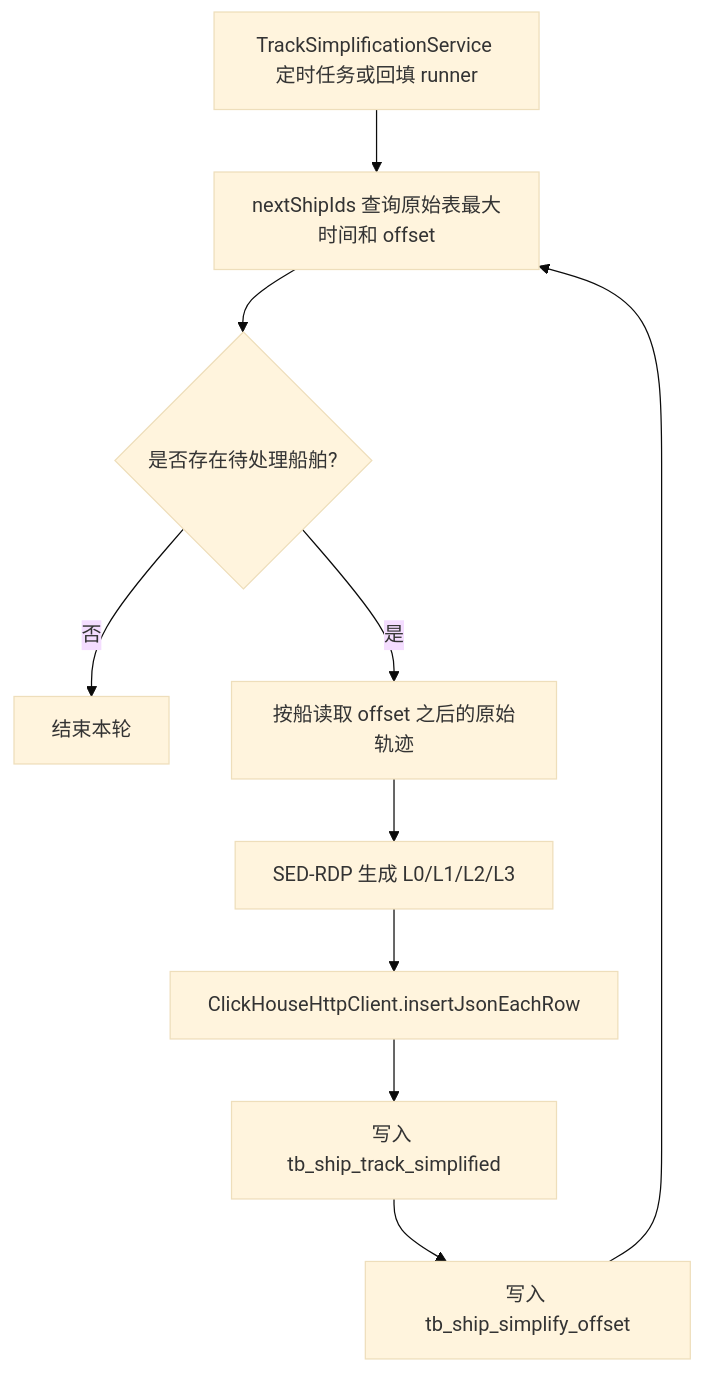
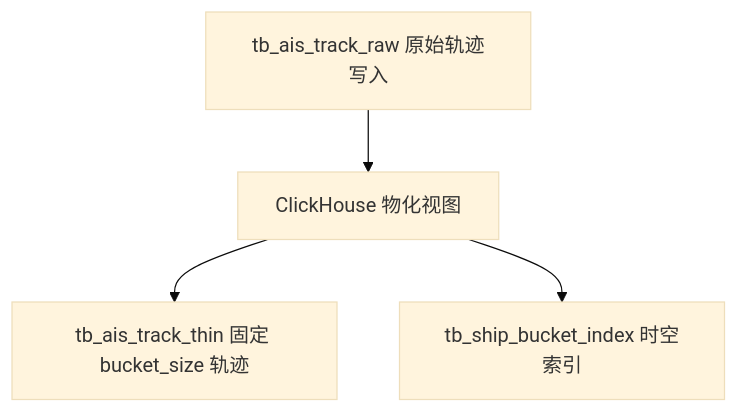
One commit to yuqiangdede/testTrack changed the third of 19 diagrams in docs/API_FLOW.md. Above: the diagram before and after it, drawn with Mermaid (base theme). The commit also changed other lines of this file and 24 other files, not shown here.

````diff
--- a/docs/API_FLOW.md
+++ b/docs/API_FLOW.md
@@ -56,12 +56,6 @@
 ```mermaid
 flowchart TD
-  A["TrackSimplificationService 定时任务或回填 runner"] --> B["nextShipIds 查询原始表最大时间和 offset"]
-  B --> C{"是否存在待处理船舶?"}
-  C -->|否| D["结束本轮"]
-  C -->|是| E["按船读取 offset 之后的原始轨迹"]
-  E --> F["SED-RDP 生成 L0/L1/L2/L3"]
-  F --> G["ClickHouseHttpClient.insertJsonEachRow"]
-  G --> H["写入 tb_ship_track_simplified"]
-  H --> I["写入 tb_ship_simplify_offset"]
-  I --> B
+  A["tb_ais_track_raw 原始轨迹写入"] --> B["ClickHouse 物化视图"]
+  B --> C["tb_ais_track_thin 固定 bucket_size 轨迹"]
+  B --> D["tb_ship_bucket_index 时空索引"]
 ```
````
